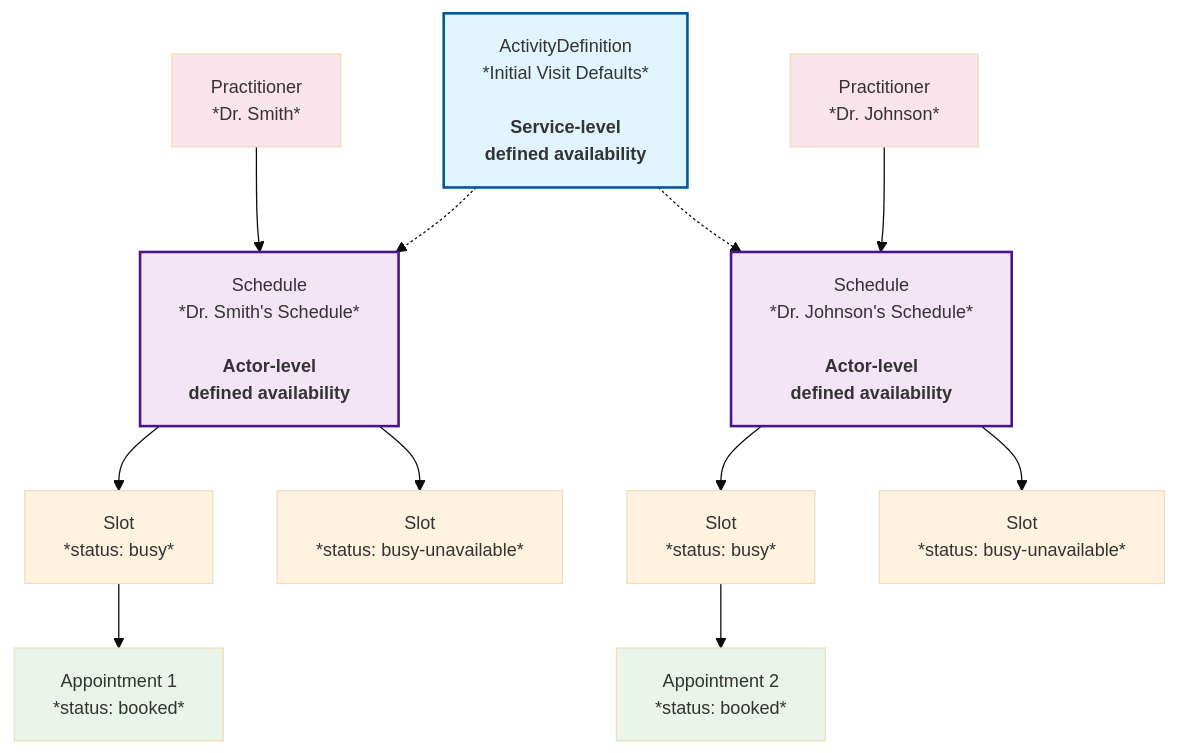
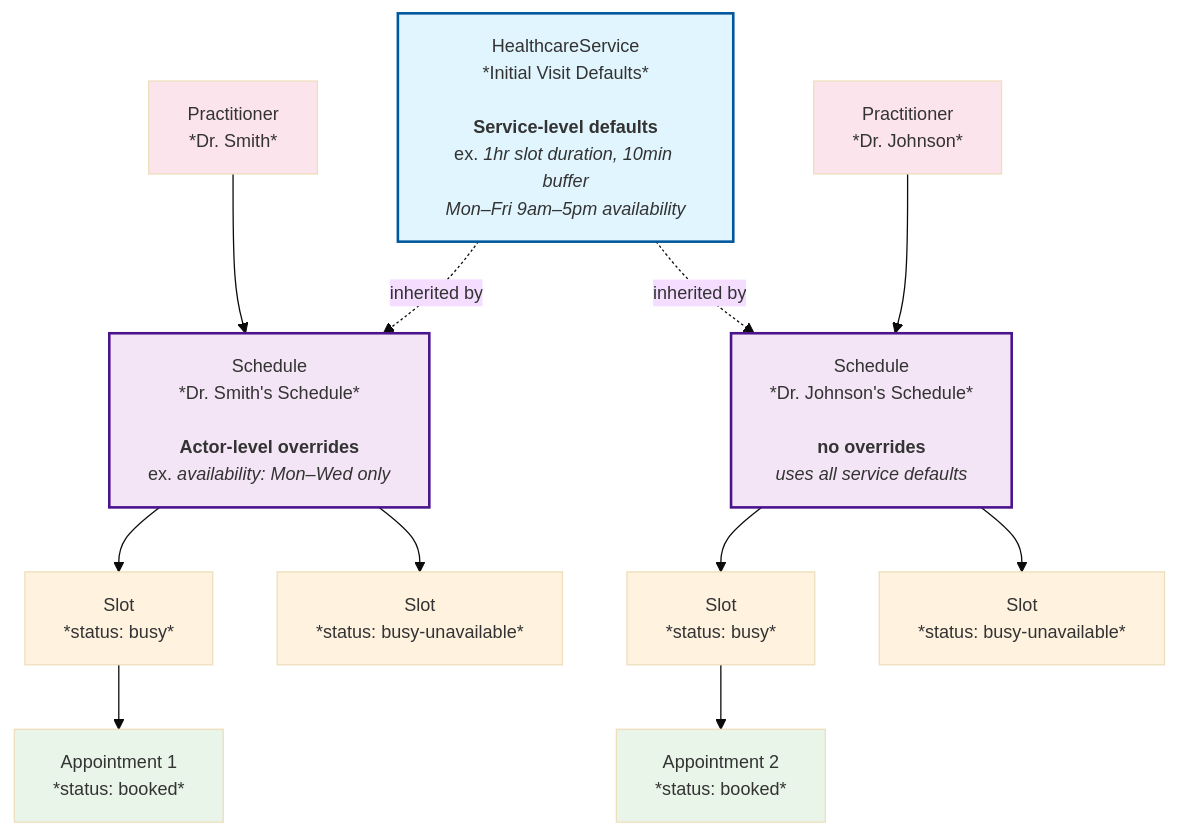
Before and after one commit to codyebberson/medplum-hugo-docs: the first of 5 diagrams in content/docs/scheduling/defining-availability.md, drawn with Mermaid. The commit also changed other lines of this file and 371 other files, not shown here.

````diff
--- a/content/docs/scheduling/defining-availability.md
+++ b/content/docs/scheduling/defining-availability.md
@@ -52,28 +26,28 @@
 ```mermaid
 %%{init: {'theme':'base', 'themeVariables': {'fontSize':'14px'}, 'flowchart': {'useMaxWidth': false, 'htmlLabels': true}}}%%
 graph TD
     C1[Practitioner<br/>*Dr. Smith*] --> B1
-    A[ActivityDefinition<br/>*Initial Visit Defaults*<br/><br/><b>Service-level<br/>defined availability</b>] -.-> B1[Schedule<br/>*Dr. Smith's Schedule*<br/><br/><b>Actor-level<br/>defined availability</b>]
-    A -.-> B2[Schedule<br/>*Dr. Johnson's Schedule*<br/><br/><b>Actor-level<br/>defined availability</b>]
+    A[HealthcareService<br/>*Initial Visit Defaults*<br/><br/><b>Service-level defaults</b><br/>ex. <i>1hr slot duration, 10min buffer</i><br/><i>Mon–Fri 9am–5pm availability</i>] -.->|inherited by| B1[Schedule<br/>*Dr. Smith's Schedule*<br/><br/><b>Actor-level overrides</b><br/>ex. <i>availability: Mon–Wed only</i>]
+    A -.->|inherited by| B2[Schedule<br/>*Dr. Johnson's Schedule*<br/><br/><b>no overrides</b><br/><i>uses all service defaults</i>]
     C2[Practitioner<br/>*Dr. Johnson*] --> B2
 
     B1 --> D1[Slot<br/>*status: busy*]
     B1 --> D2[Slot<br/>*status: busy-unavailable*]
     B2 --> D3[Slot<br/>*status: busy*]
     B2 --> D4[Slot<br/>*status: busy-unavailable*]
-    
+
     D1 --> E1[Appointment 1<br/>*status: booked*]
     D3 --> E2[Appointment 2<br/>*status: booked*]
-    
+
     style A fill:#e1f5fe,stroke:#01579b,stroke-width:2px
     style B1 fill:#f3e5f5,stroke:#4a148c,stroke-width:2px
     style B2 fill:#f3e5f5,stroke:#4a148c,stroke-width:2px
     style C1 fill:#fce4ec
     style C2 fill:#fce4ec
     style D1 fill:#fff3e0
     style D2 fill:#fff3e0
     style D3 fill:#fff3e0
     style D4 fill:#fff3e0
     style E1 fill:#e8f5e8
     style E2 fill:#e8f5e8
 ```
````
